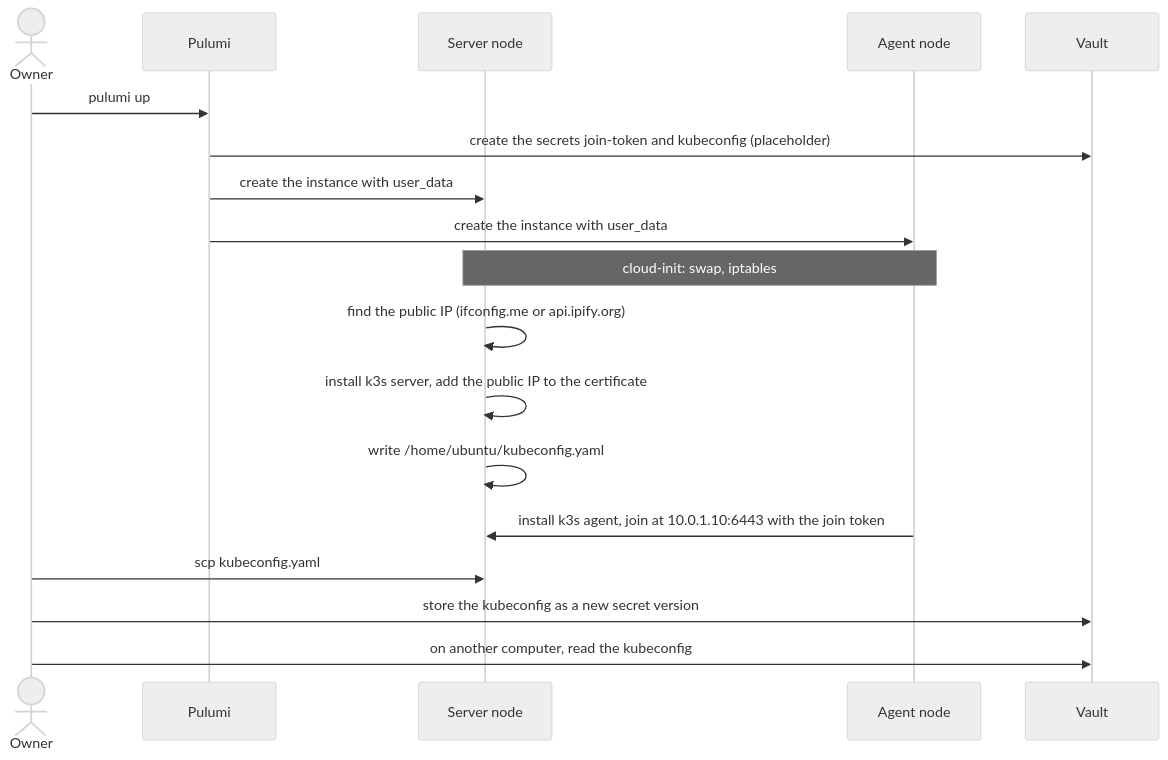
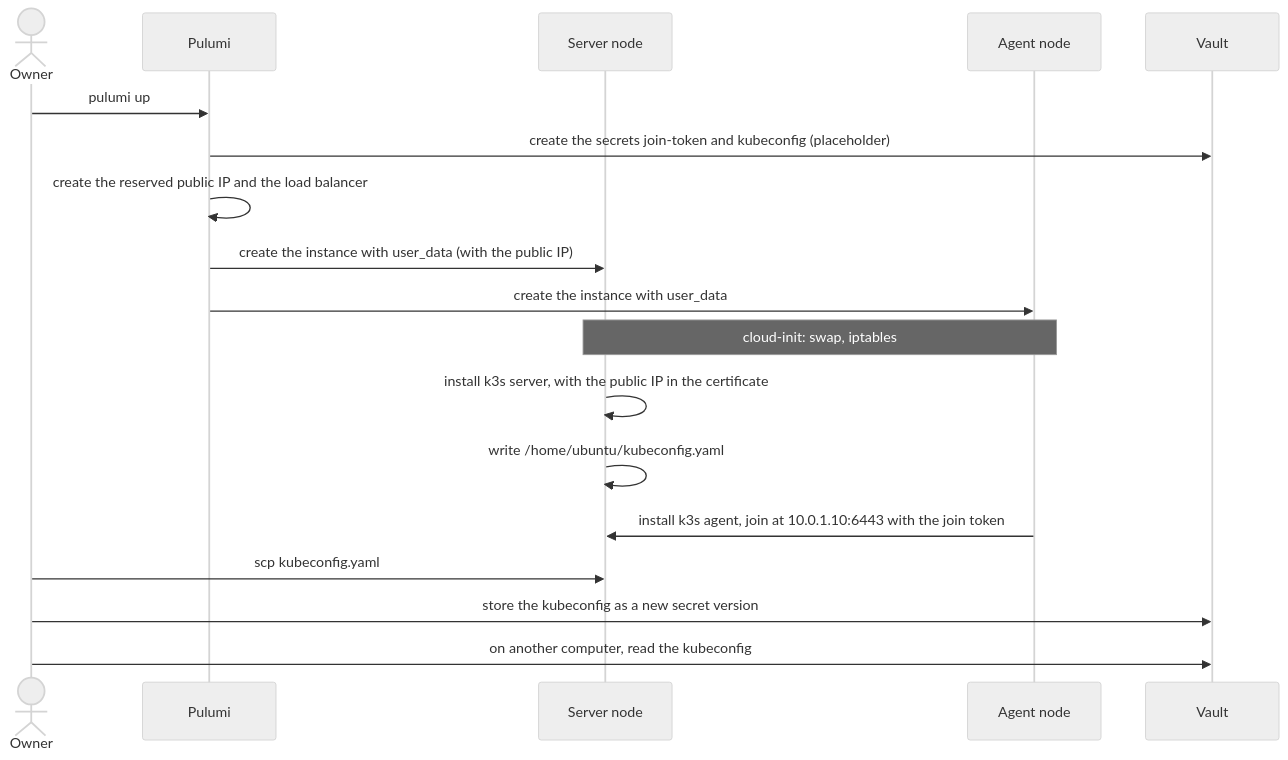
Before and after one commit to DeV1L/oracle-cloud-k3s: the second of 2 diagrams in docs/ARCHITECTURE.md, drawn with Mermaid (neutral theme). The commit also changed other lines of this file and 12 other files, not shown here.

Commit message:
Add network load balancer

````diff
--- a/docs/ARCHITECTURE.md
+++ b/docs/ARCHITECTURE.md
@@ -50,21 +53,21 @@
 ```mermaid
 sequenceDiagram
     actor Owner
     participant Pulumi
     participant Server as Server node
     participant Agent as Agent node
     participant Vault
 
     Owner->>Pulumi: pulumi up
     Pulumi->>Vault: create the secrets join-token and kubeconfig (placeholder)
-    Pulumi->>Server: create the instance with user_data
+    Pulumi->>Pulumi: create the reserved public IP and the load balancer
+    Pulumi->>Server: create the instance with user_data (with the public IP)
     Pulumi->>Agent: create the instance with user_data
     Note over Server,Agent: cloud-init: swap, iptables
-    Server->>Server: find the public IP (ifconfig.me or api.ipify.org)
-    Server->>Server: install k3s server, add the public IP to the certificate
+    Server->>Server: install k3s server, with the public IP in the certificate
     Server->>Server: write /home/ubuntu/kubeconfig.yaml
     Agent->>Server: install k3s agent, join at 10.0.1.10:6443 with the join token
     Owner->>Server: scp kubeconfig.yaml
     Owner->>Vault: store the kubeconfig as a new secret version
     Owner->>Vault: on another computer, read the kubeconfig
 ```
````
